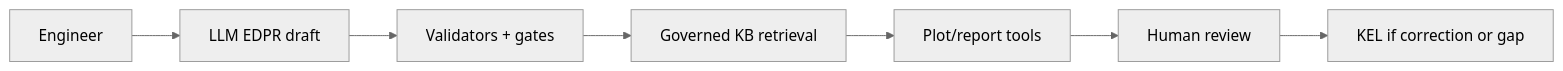
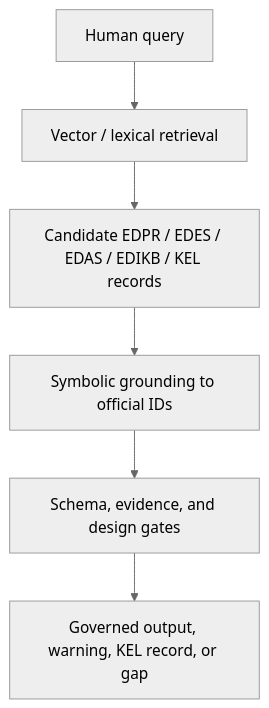
The fifth of 6 diagrams in papers/PAPER_01A_MANUSCRIPT_DRAFT.md (sreekx007/Slay-ILS-Designer-V1.0), drawn with Mermaid (neutral theme) before and after one commit. The commit also changed other lines of this file, not shown here.

````diff
--- a/papers/PAPER_01A_MANUSCRIPT_DRAFT.md
+++ b/papers/PAPER_01A_MANUSCRIPT_DRAFT.md
@@ -368,9 +224,8 @@
 ```mermaid
-flowchart LR
-    U[Engineer] --> LLM[LLM EDPR draft]
-    LLM --> V[Validators + gates]
-    V --> KB[Governed KB retrieval]
-    KB --> P[Plot/report tools]
-    P --> R[Human review]
-    R --> K[KEL if correction or gap]
+flowchart TD
+    A[Human query] --> B[Vector / lexical retrieval]
+    B --> C[Candidate EDPR / EDES / EDAS / EDIKB / KEL records]
+    C --> D[Symbolic grounding to official IDs]
+    D --> E[Schema, evidence, and design gates]
+    E --> F[Governed output, warning, KEL record, or gap]
 ```
````
